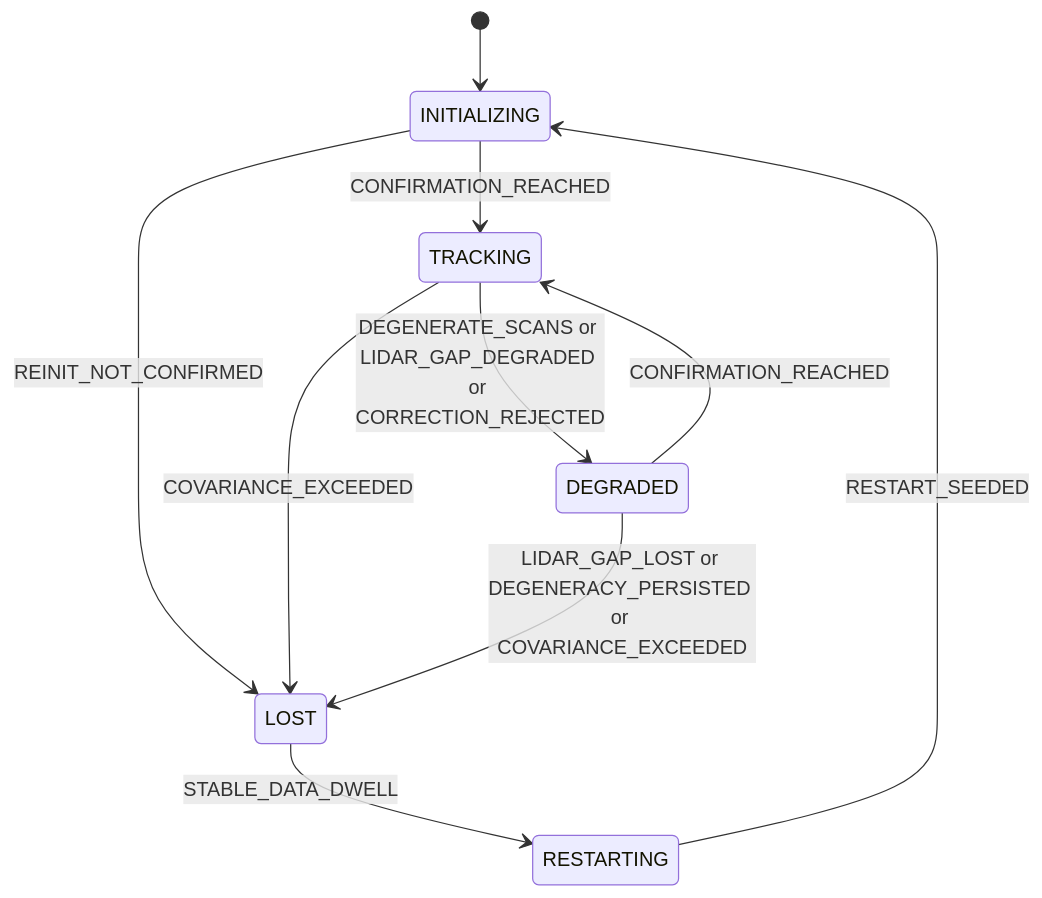
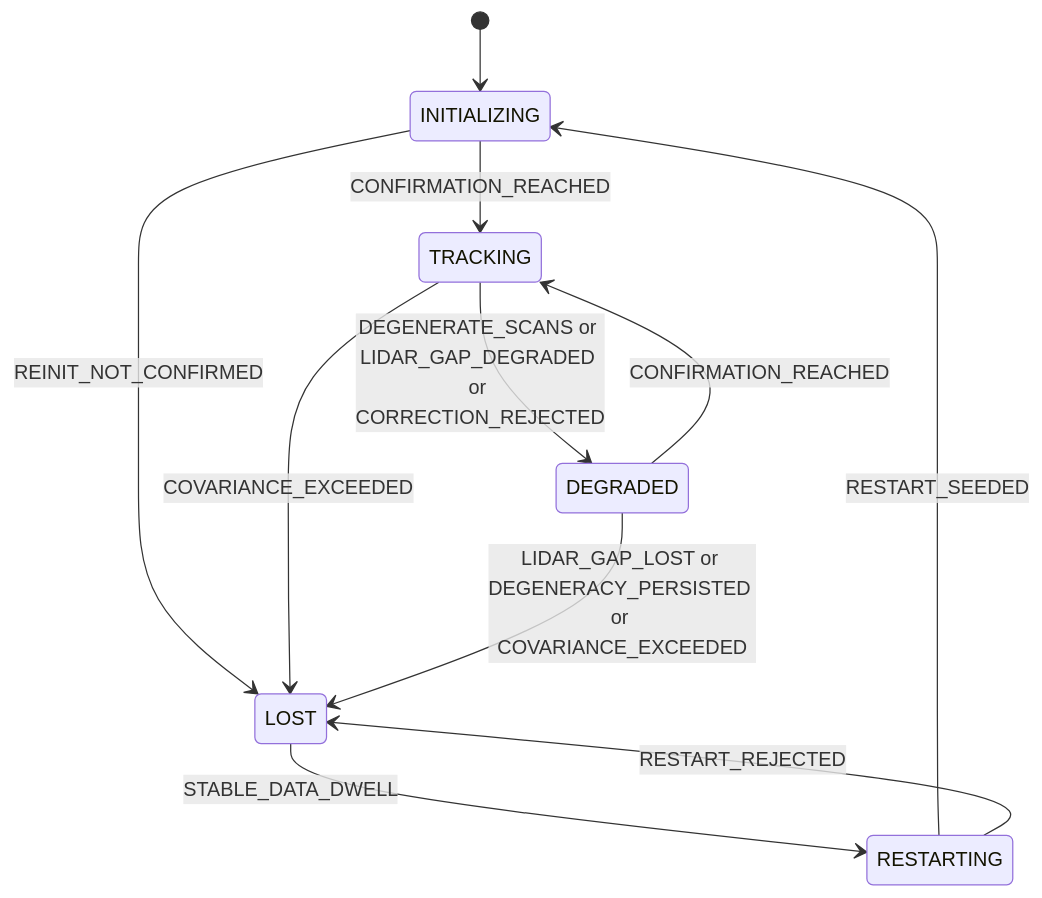
Before and after one commit to TanDatEmb/uav-navigation: the seventh of 12 diagrams in docs/architecture/AS_BUILT.md, drawn with Mermaid. The commit also changed other lines of this file, not shown here.

````diff
--- a/docs/architecture/AS_BUILT.md
+++ b/docs/architecture/AS_BUILT.md
@@ -295,12 +295,13 @@
 ```mermaid
 stateDiagram-v2
   [*] --> INITIALIZING
   INITIALIZING --> TRACKING : CONFIRMATION_REACHED
   INITIALIZING --> LOST : REINIT_NOT_CONFIRMED
   TRACKING --> DEGRADED : DEGENERATE_SCANS or LIDAR_GAP_DEGRADED or CORRECTION_REJECTED
   TRACKING --> LOST : COVARIANCE_EXCEEDED
   DEGRADED --> TRACKING : CONFIRMATION_REACHED
   DEGRADED --> LOST : LIDAR_GAP_LOST or DEGENERACY_PERSISTED or COVARIANCE_EXCEEDED
   LOST --> RESTARTING : STABLE_DATA_DWELL
   RESTARTING --> INITIALIZING : RESTART_SEEDED
+  RESTARTING --> LOST : RESTART_REJECTED
 ```
````
